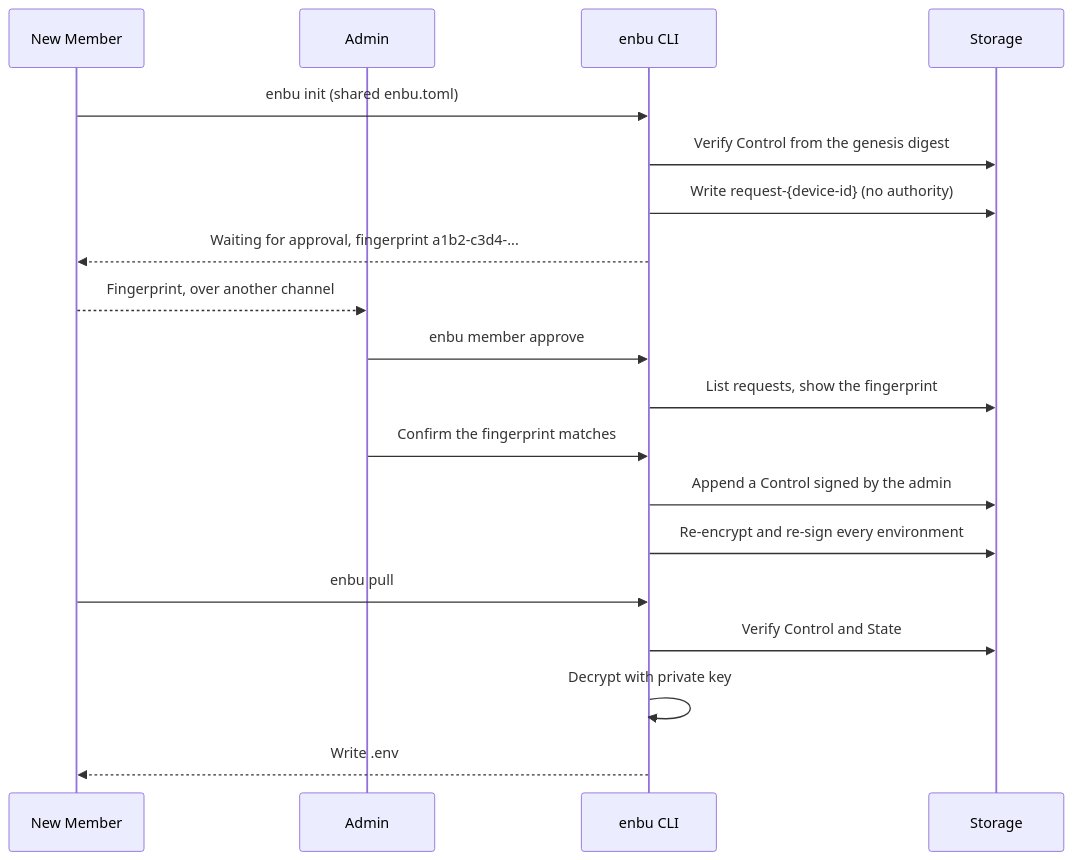
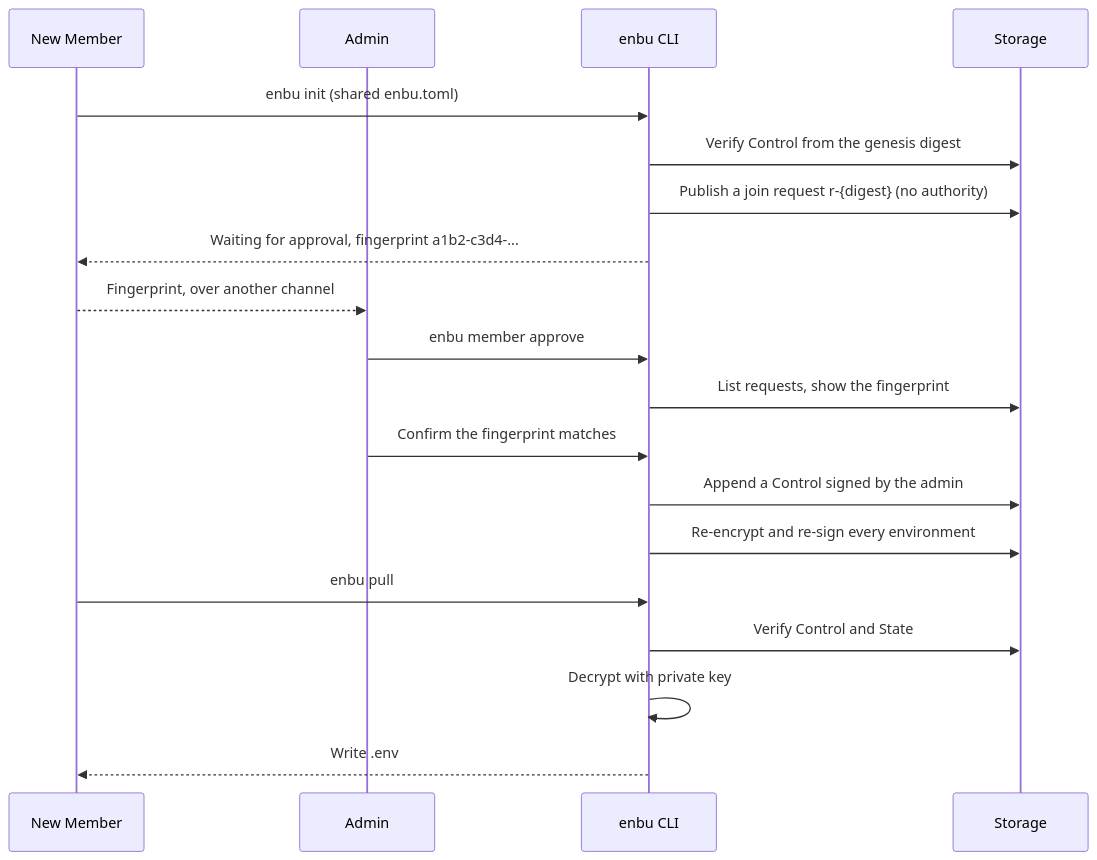
The third of 3 diagrams in README.md (enbu-net/enbu), drawn with Mermaid before and after one commit. The commit also changed 7 other files, not shown here.

````diff
--- a/README.md
+++ b/README.md
@@ -444,24 +444,24 @@
 ```mermaid
 sequenceDiagram
     participant New as New Member
     participant Admin as Admin
     participant CLI as enbu CLI
     participant GHCR as Storage
 
     New->>CLI: enbu init (shared enbu.toml)
     CLI->>GHCR: Verify Control from the genesis digest
-    CLI->>GHCR: Write request-{device-id} (no authority)
+    CLI->>GHCR: Publish a join request r-{digest} (no authority)
     CLI-->>New: Waiting for approval, fingerprint a1b2-c3d4-...
 
     New-->>Admin: Fingerprint, over another channel
     Admin->>CLI: enbu member approve
     CLI->>GHCR: List requests, show the fingerprint
     Admin->>CLI: Confirm the fingerprint matches
     CLI->>GHCR: Append a Control signed by the admin
     CLI->>GHCR: Re-encrypt and re-sign every environment
 
     New->>CLI: enbu pull
     CLI->>GHCR: Verify Control and State
     CLI->>CLI: Decrypt with private key
     CLI-->>New: Write .env
 ```
````
